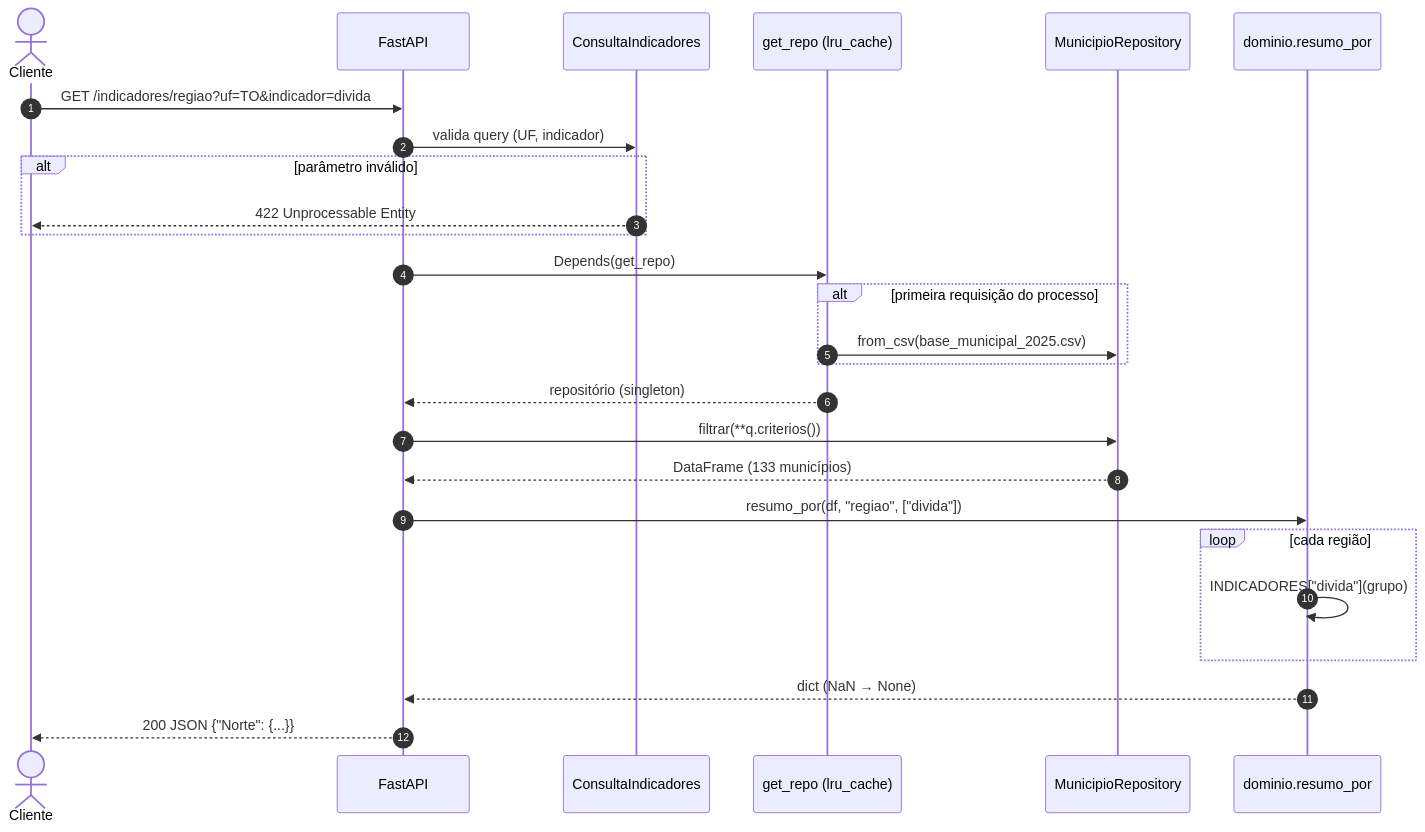
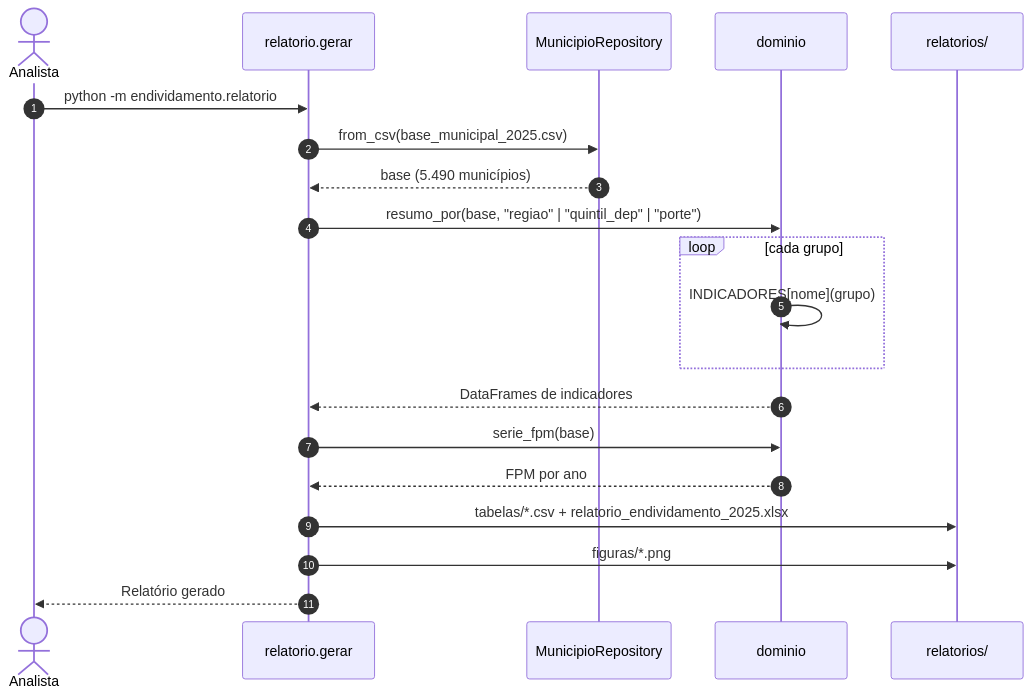
The fourth of 6 diagrams in docs/arquitetura.md (marcosguida/endividamento-municipal), drawn with Mermaid before and after one commit. The commit also changed other lines of this file, not shown here.

Commit message:
docs(arquitetura): atualiza diagramas para o fluxo de análise de dados

````diff
--- a/docs/arquitetura.md
+++ b/docs/arquitetura.md
@@ -176,29 +139,23 @@
 ```mermaid
 sequenceDiagram
     autonumber
-    actor C as Cliente
-    participant F as FastAPI
-    participant S as ConsultaIndicadores
-    participant DI as get_repo (lru_cache)
+    actor A as Analista
+    participant G as relatorio.gerar
     participant R as MunicipioRepository
-    participant D as dominio.resumo_por
+    participant D as dominio
+    participant FS as relatorios/
 
-    C->>F: GET /indicadores/regiao?uf=TO&indicador=divida
-    F->>S: valida query (UF, indicador)
-    alt parâmetro inválido
-        S-->>C: 422 Unprocessable Entity
+    A->>G: python -m endividamento.relatorio
+    G->>R: from_csv(base_municipal_2025.csv)
+    R-->>G: base (5.490 municípios)
+    G->>D: resumo_por(base, "regiao" | "quintil_dep" | "porte")
+    loop cada grupo
+        D->>D: INDICADORES[nome](grupo)
     end
-    F->>DI: Depends(get_repo)
-    alt primeira requisição do processo
-        DI->>R: from_csv(base_municipal_2025.csv)
-    end
-    DI-->>F: repositório (singleton)
-    F->>R: filtrar(**q.criterios())
-    R-->>F: DataFrame (133 municípios)
-    F->>D: resumo_por(df, "regiao", ["divida"])
-    loop cada região
-        D->>D: INDICADORES["divida"](grupo)
-    end
-    D-->>F: dict (NaN → None)
-    F-->>C: 200 JSON {"Norte": {...}}
+    D-->>G: DataFrames de indicadores
+    G->>D: serie_fpm(base)
+    D-->>G: FPM por ano
+    G->>FS: tabelas/*.csv + relatorio_endividamento_2025.xlsx
+    G->>FS: figuras/*.png
+    G-->>A: Relatório gerado
 ```
````
